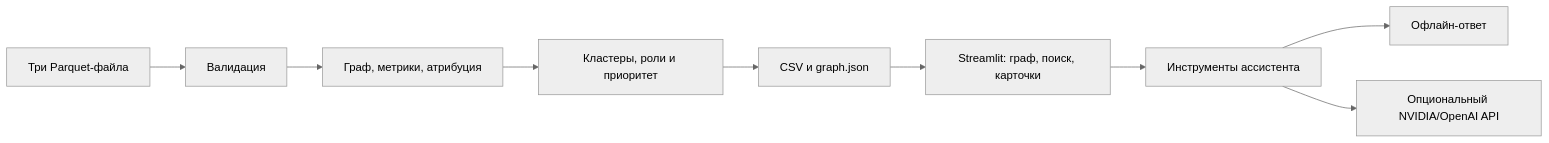
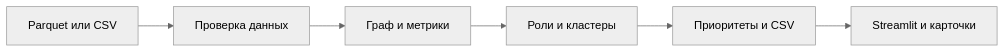
The diagram in README.md (BAITC-Hacks/hack-db041ec5-team), drawn with Mermaid (neutral theme) before and after one commit. The commit also changed other lines of this file and 49 other files, not shown here.

Commit message:
Complete Money Graph analysis, OpenAI assistant and Vercel dashboard

````diff
--- a/README.md
+++ b/README.md
@@ -133,11 +107,8 @@
 ```mermaid
 flowchart LR
-  A[Три Parquet-файла] --> B[Валидация]
-  B --> C[Граф, метрики, атрибуция]
-  C --> D[Кластеры, роли и приоритет]
-  D --> E[CSV и graph.json]
-  E --> F[Streamlit: граф, поиск, карточки]
-  F --> G[Инструменты ассистента]
-  G --> H[Офлайн-ответ]
-  G --> I[Опциональный NVIDIA/OpenAI API]
+    A[Parquet или CSV] --> B[Проверка данных]
+    B --> C[Граф и метрики]
+    C --> D[Роли и кластеры]
+    D --> E[Приоритеты и CSV]
+    E --> F[Streamlit и карточки]
 ```
````
